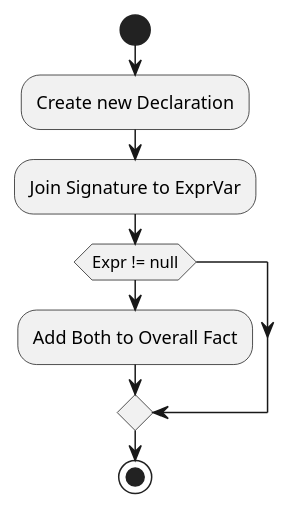
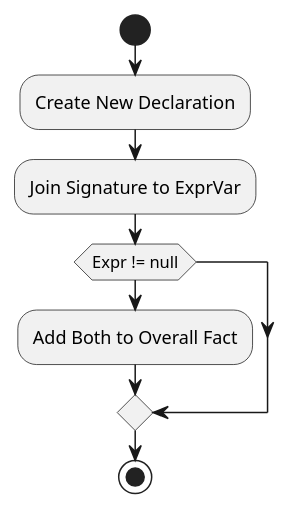
Before and after one commit to ontological-behavior-modeling/nist-obm-translator: the diagram in src/main/javadoc/edu/gatech/gtri/obm/translator/alloy/doc-files/Alloy_addOutputs.puml, drawn with PlantUML. The commit also changed 46 other files, not shown here.

```diff
--- a/src/main/javadoc/edu/gatech/gtri/obm/translator/alloy/doc-files/Alloy_addOutputs.puml
+++ b/src/main/javadoc/edu/gatech/gtri/obm/translator/alloy/doc-files/Alloy_addOutputs.puml
@@ -1,9 +1,9 @@
 @startuml
 start
-:Create new Declaration;
+:Create New Declaration;
 :Join Signature to ExprVar;
 if (Expr != null)
 :Add Both to Overall Fact;
 endif
 stop
 @enduml
```
